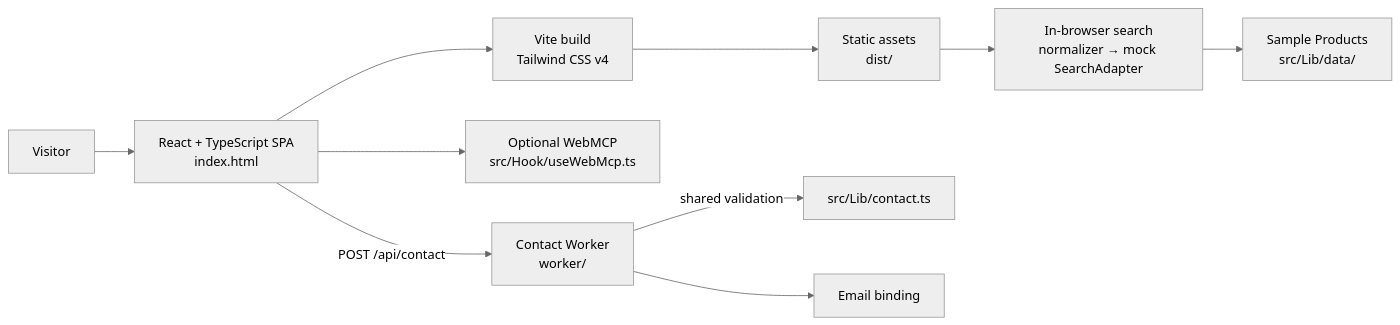
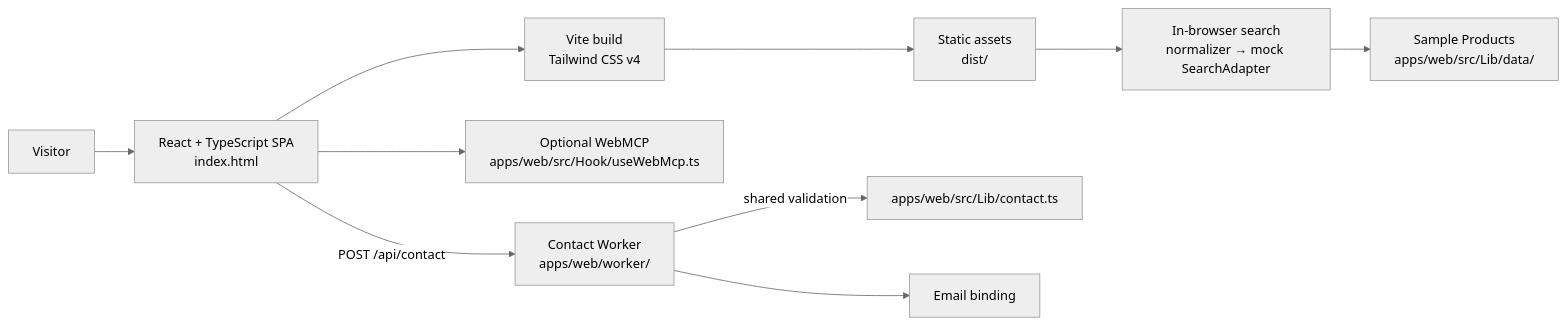
Before and after one commit to iskWang/taiwanhaul: the first of 2 diagrams in docs/architecture.md, drawn with Mermaid (neutral theme). The commit also changed other lines of this file and 150 other files, not shown here.

````diff
--- a/docs/architecture.md
+++ b/docs/architecture.md
@@ -52,12 +52,12 @@
 ```mermaid
 flowchart LR
   Visitor --> HTML["React + TypeScript SPA<br/>index.html"]
   HTML --> Vite["Vite build<br/>Tailwind CSS v4"]
   Vite --> Dist["Static assets<br/>dist/"]
   Dist --> Search["In-browser search<br/>normalizer → mock SearchAdapter"]
-  Search --> Sample["Sample Products<br/>src/Lib/data/"]
-  HTML --> WebMCP["Optional WebMCP<br/>src/Hook/useWebMcp.ts"]
-  HTML -->|POST /api/contact| Worker["Contact Worker<br/>worker/"]
-  Worker -->|shared validation| Contact["src/Lib/contact.ts"]
+  Search --> Sample["Sample Products<br/>apps/web/src/Lib/data/"]
+  HTML --> WebMCP["Optional WebMCP<br/>apps/web/src/Hook/useWebMcp.ts"]
+  HTML -->|POST /api/contact| Worker["Contact Worker<br/>apps/web/worker/"]
+  Worker -->|shared validation| Contact["apps/web/src/Lib/contact.ts"]
   Worker --> Email["Email binding"]
 ```
````
